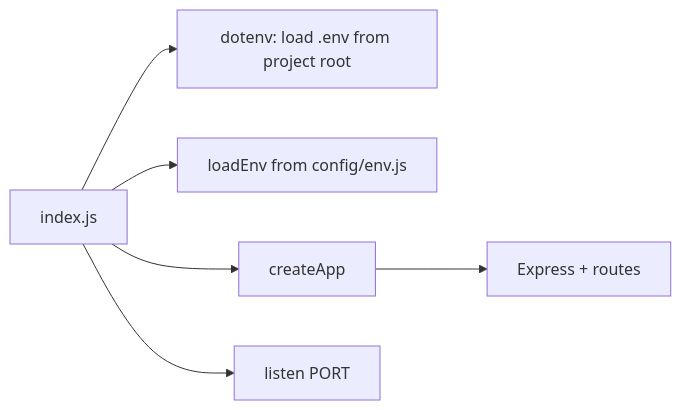
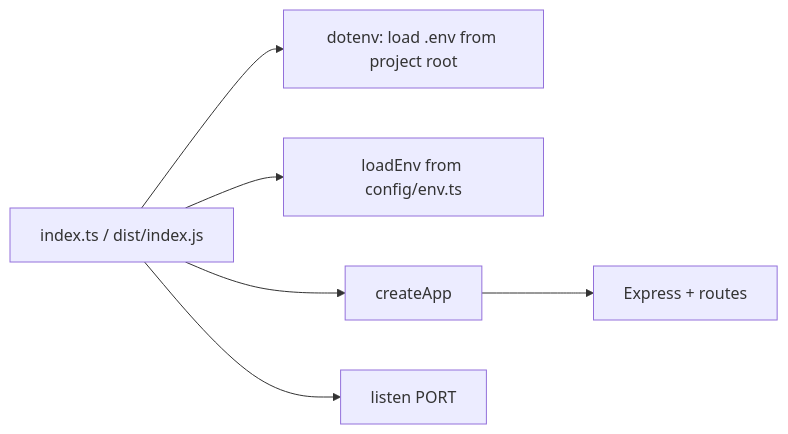
The first of 3 diagrams in docs/TECHNICAL-GUIDE.md (shariqueDev/telegram-delivery-service), drawn with Mermaid before and after one commit. The commit also changed other lines of this file and 368 other files, not shown here.

````diff
--- a/docs/TECHNICAL-GUIDE.md
+++ b/docs/TECHNICAL-GUIDE.md
@@ -24,8 +24,8 @@
 ```mermaid
 flowchart LR
-  A[index.js] --> C[dotenv: load .env from project root]
-  A --> D[loadEnv from config/env.js]
+  A[index.ts / dist/index.js] --> C[dotenv: load .env from project root]
+  A --> D[loadEnv from config/env.ts]
   A --> E[createApp]
   E --> F[Express + routes]
   A --> G[listen PORT]
 ```
````
